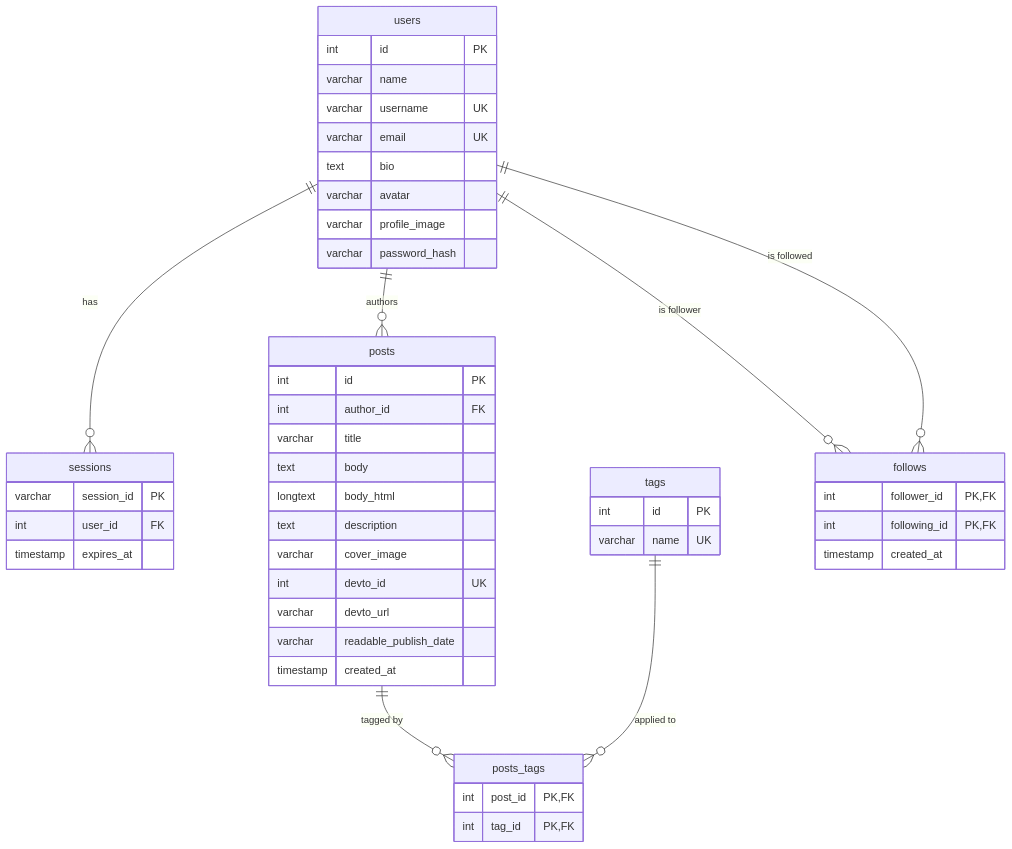
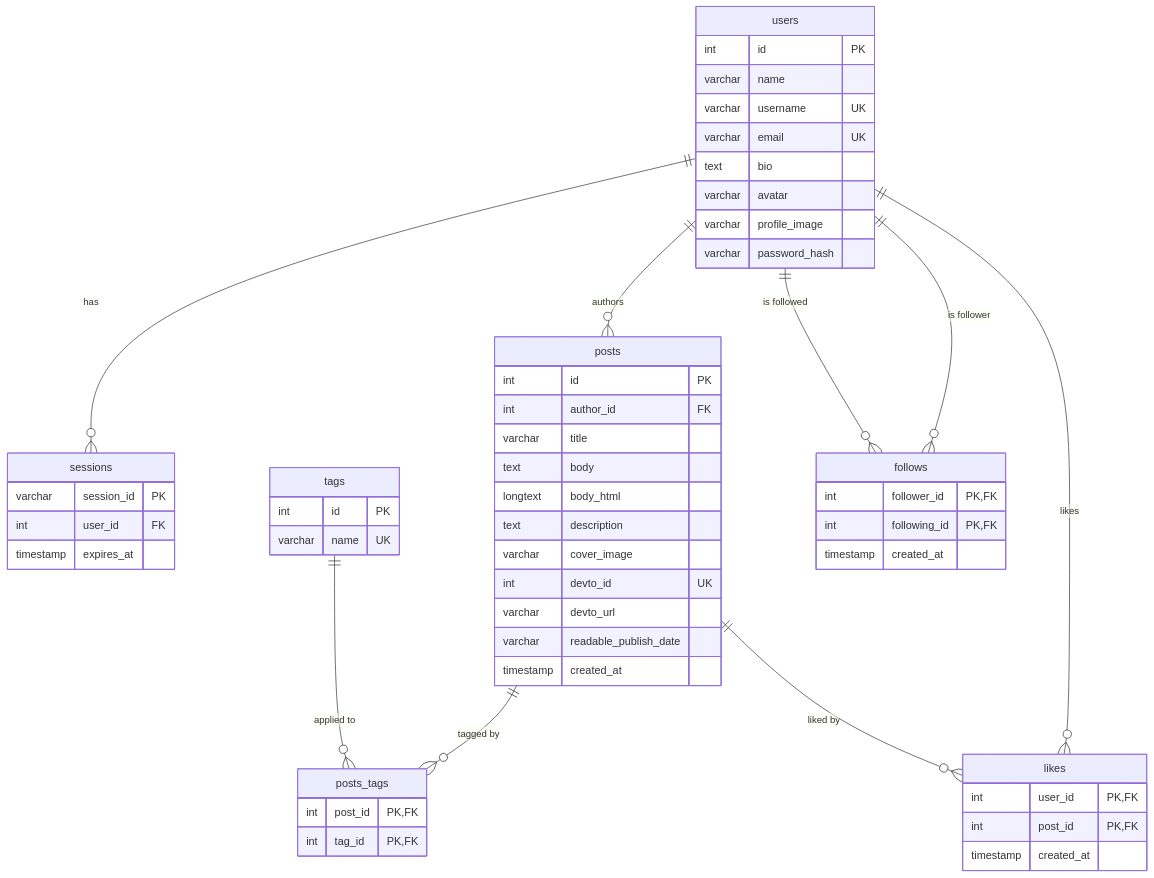
Before and after one commit to Nadav-Shalev/PulseNet: the diagram in docs/db-diagram.mmd, drawn with Mermaid. The commit also changed 6 other files, not shown here.

```diff
--- a/docs/db-diagram.mmd
+++ b/docs/db-diagram.mmd
@@ -1,54 +1,62 @@
 erDiagram
     users ||--o{ sessions   : "has"
     users ||--o{ posts      : "authors"
     posts ||--o{ posts_tags : "tagged by"
     tags  ||--o{ posts_tags : "applied to"
     users ||--o{ follows    : "is follower"
     users ||--o{ follows    : "is followed"
+    users ||--o{ likes      : "likes"
+    posts ||--o{ likes      : "liked by"
 
     users {
         int     id            PK
         varchar name
         varchar username      UK
         varchar email         UK
         text    bio
         varchar avatar
         varchar profile_image
         varchar password_hash
     }
 
     sessions {
         varchar   session_id PK
         int       user_id    FK
         timestamp expires_at
     }
 
     posts {
         int       id                    PK
         int       author_id             FK
         varchar   title
         text      body
         longtext  body_html
         text      description
         varchar   cover_image
         int       devto_id              UK
         varchar   devto_url
         varchar   readable_publish_date
         timestamp created_at
     }
 
     tags {
         int     id   PK
         varchar name UK
     }
 
     posts_tags {
         int post_id PK, FK
         int tag_id  PK, FK
     }
 
     follows {
         int       follower_id  PK, FK
         int       following_id PK, FK
         timestamp created_at
     }
+
+    likes {
+        int       user_id    PK, FK
+        int       post_id    PK, FK
+        timestamp created_at
+    }
```
